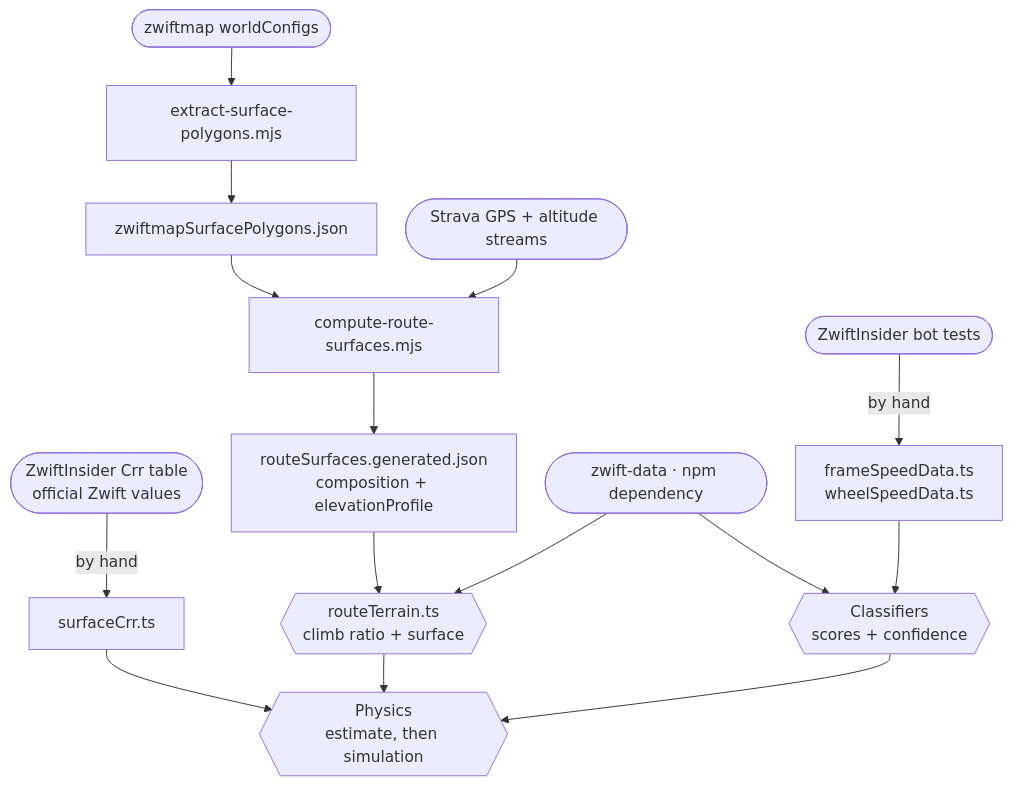
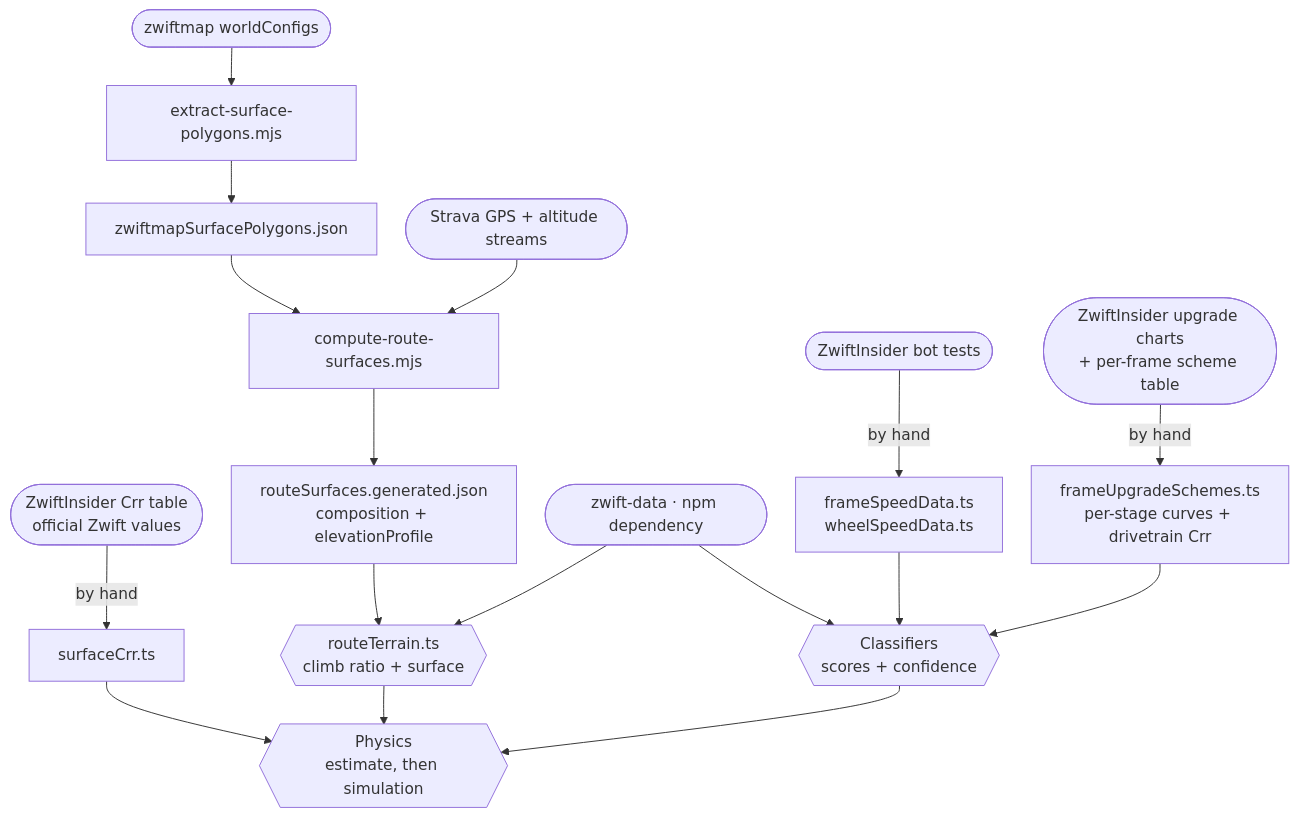
Before and after one commit to kjellrg/zwift-bikes: the fourth of 5 diagrams in docs/physics-pipeline.md, drawn with Mermaid. The commit also changed other lines of this file and 18 other files, not shown here.

First line of the commit message:
Model Zwift's real per-stage bike upgrade schemes (#68)

````diff
--- a/docs/physics-pipeline.md
+++ b/docs/physics-pipeline.md
@@ -208,34 +241,38 @@
 ```mermaid
 %%{ init: { "flowchart": { "nodeSpacing": 30, "rankSpacing": 40 } } }%%
 flowchart TD
     ZM(["zwiftmap worldConfigs"])
     STRAVA(["Strava GPS + altitude streams"])
     ZI(["ZwiftInsider bot tests"])
+    ZIUP(["ZwiftInsider upgrade charts<br/>+ per-frame scheme table"])
     ZICRR(["ZwiftInsider Crr table<br/>official Zwift values"])
     ZD(["zwift-data · npm dependency"])
 
     POLY["extract-surface-polygons.mjs"]
     COMPUTE["compute-route-surfaces.mjs"]
 
     GEN["routeSurfaces.generated.json<br/>composition + elevationProfile"]
     POLYJSON["zwiftmapSurfacePolygons.json"]
     SPEED["frameSpeedData.ts<br/>wheelSpeedData.ts"]
+    UPGRADE["frameUpgradeSchemes.ts<br/>per-stage curves + drivetrain Crr"]
     CRR["surfaceCrr.ts"]
 
     TERRAIN{{"routeTerrain.ts<br/>climb ratio + surface"}}
     CLASSIFY{{"Classifiers<br/>scores + confidence"}}
     PHYS{{"Physics<br/>estimate, then simulation"}}
 
     ZM --> POLY --> POLYJSON --> COMPUTE
     STRAVA --> COMPUTE --> GEN
     ZI -- "by hand" --> SPEED
+    ZIUP -- "by hand" --> UPGRADE
     ZICRR -- "by hand" --> CRR
 
     GEN --> TERRAIN
     ZD --> TERRAIN
     ZD --> CLASSIFY
     SPEED --> CLASSIFY
+    UPGRADE --> CLASSIFY
     CRR --> PHYS
     TERRAIN --> PHYS
     CLASSIFY --> PHYS
 ```
````
